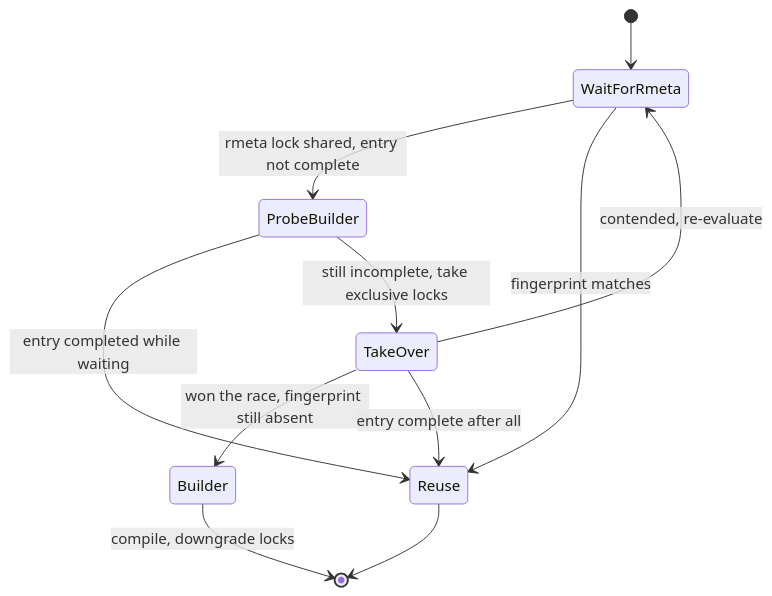
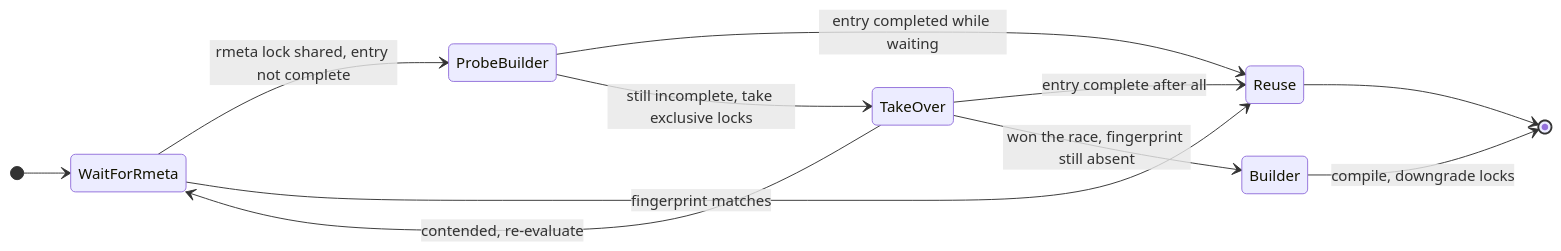
Before and after one commit to ranger-ross/cargo: the diagram in FEATURE.md, drawn with Mermaid. The commit also changed other lines of this file, not shown here.

Commit message:
feature.md supplment diagram

````diff
--- a/FEATURE.md
+++ b/FEATURE.md
@@ -34,13 +34,14 @@
 ```mermaid
 stateDiagram-v2
+    direction LR
     [*] --> WaitForRmeta
     WaitForRmeta --> ProbeBuilder: rmeta lock shared, entry not complete
     WaitForRmeta --> Reuse: fingerprint matches
     ProbeBuilder --> Reuse: entry completed while waiting
     ProbeBuilder --> TakeOver: still incomplete, take exclusive locks
+    TakeOver --> Reuse: entry complete after all
     TakeOver --> Builder: won the race, fingerprint still absent
-    TakeOver --> Reuse: entry complete after all
     TakeOver --> WaitForRmeta: contended, re-evaluate
     Builder --> [*]: compile, downgrade locks
     Reuse --> [*]
 ```
````
